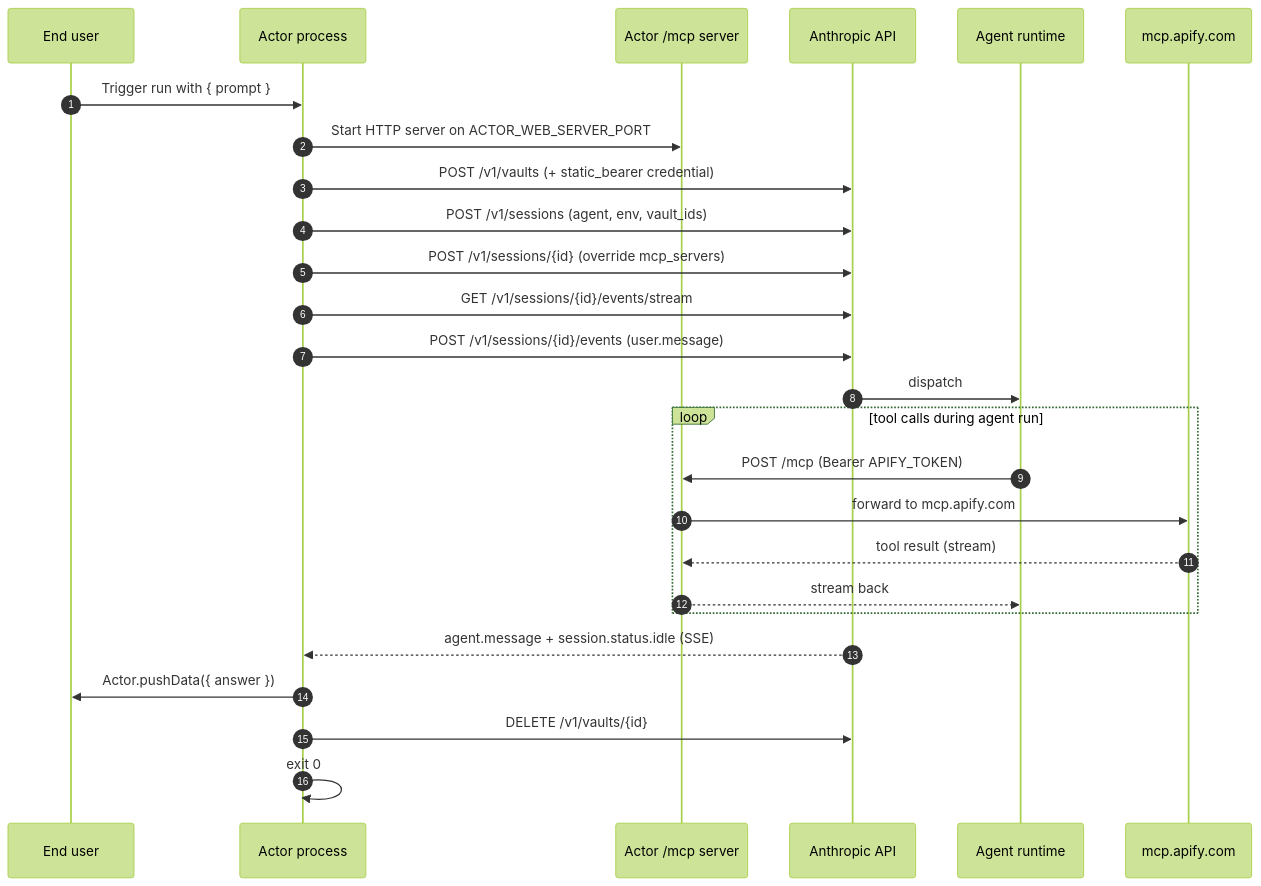
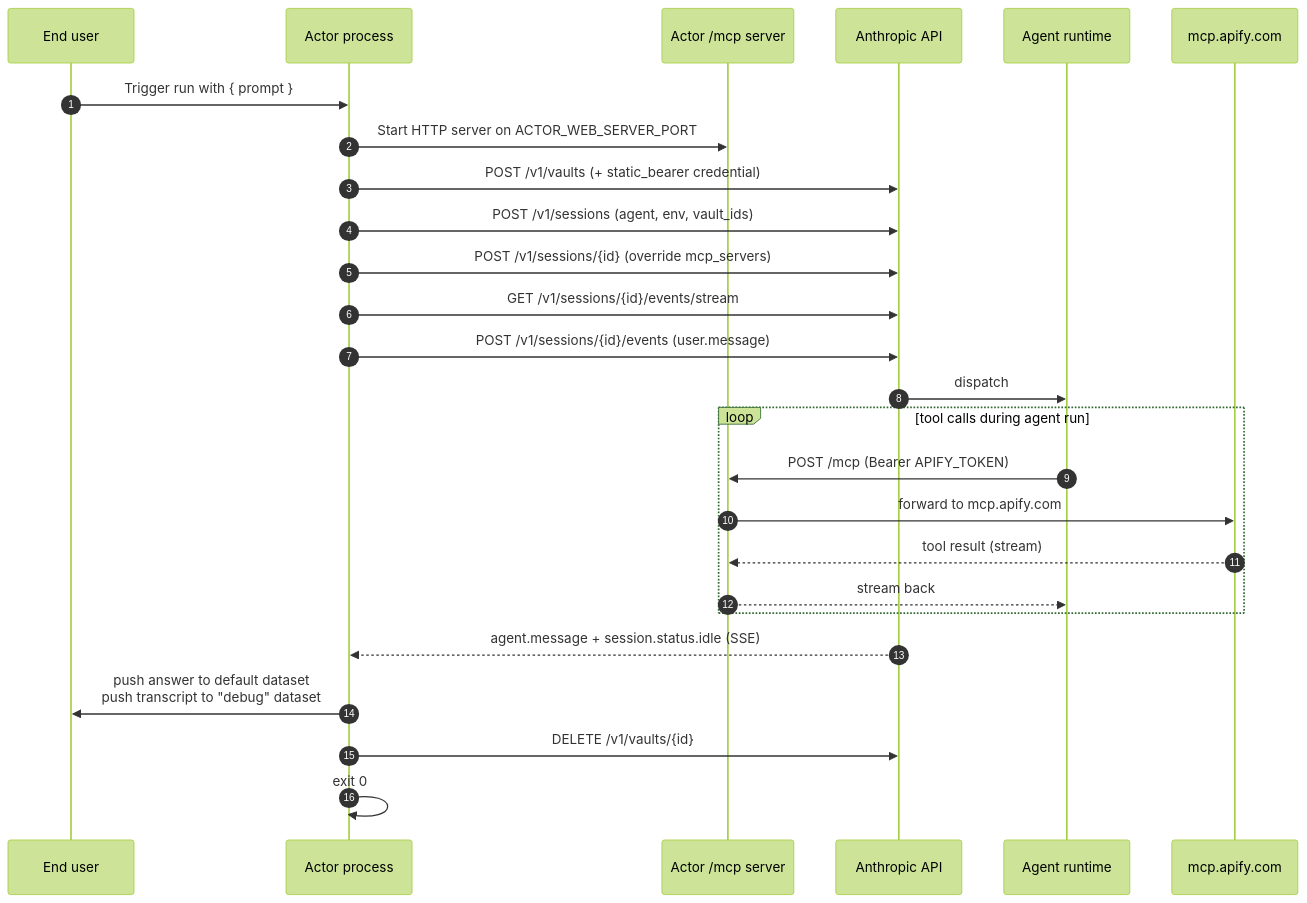
The second of 2 diagrams in PLAN.md (apify/actor-claude-managed-agent), drawn with Mermaid (forest theme) before and after one commit. The commit also changed other lines of this file, not shown here.

````diff
--- a/PLAN.md
+++ b/PLAN.md
@@ -44,29 +44,29 @@
 ```mermaid
 sequenceDiagram
     autonumber
     participant U as End user
     participant A as Actor process
     participant W as Actor /mcp server
     participant N as Anthropic API
     participant G as Agent runtime
     participant M as mcp.apify.com
 
     U->>A: Trigger run with { prompt }
     A->>W: Start HTTP server on ACTOR_WEB_SERVER_PORT
     A->>N: POST /v1/vaults (+ static_bearer credential)
     A->>N: POST /v1/sessions (agent, env, vault_ids)
     A->>N: POST /v1/sessions/{id} (override mcp_servers)
     A->>N: GET /v1/sessions/{id}/events/stream
     A->>N: POST /v1/sessions/{id}/events (user.message)
     N->>G: dispatch
     loop tool calls during agent run
         G->>W: POST /mcp (Bearer APIFY_TOKEN)
         W->>M: forward to mcp.apify.com
         M-->>W: tool result (stream)
         W-->>G: stream back
     end
     N-->>A: agent.message + session.status.idle (SSE)
-    A->>U: Actor.pushData({ answer })
+    A->>U: push answer to default dataset<br/>push transcript to "debug" dataset
     A->>N: DELETE /v1/vaults/{id}
     A->>A: exit 0
 ```
````
